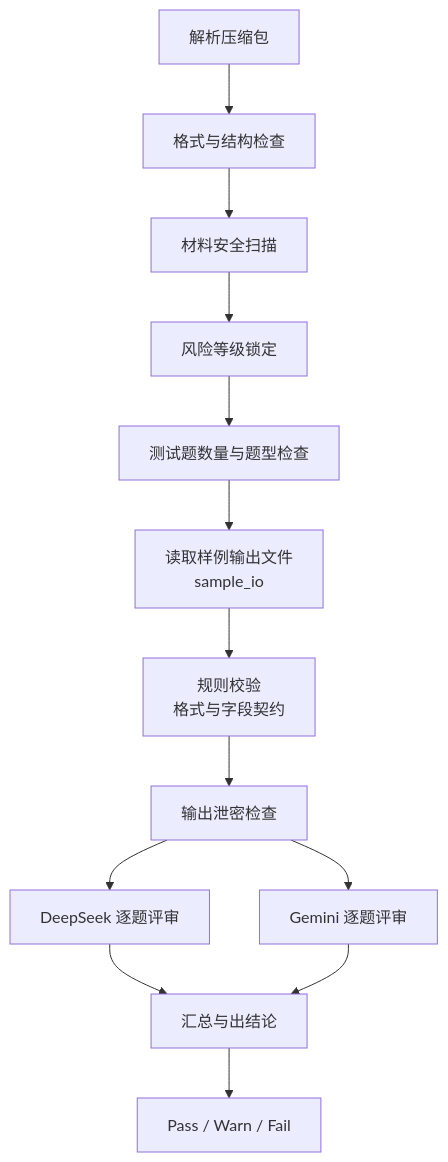
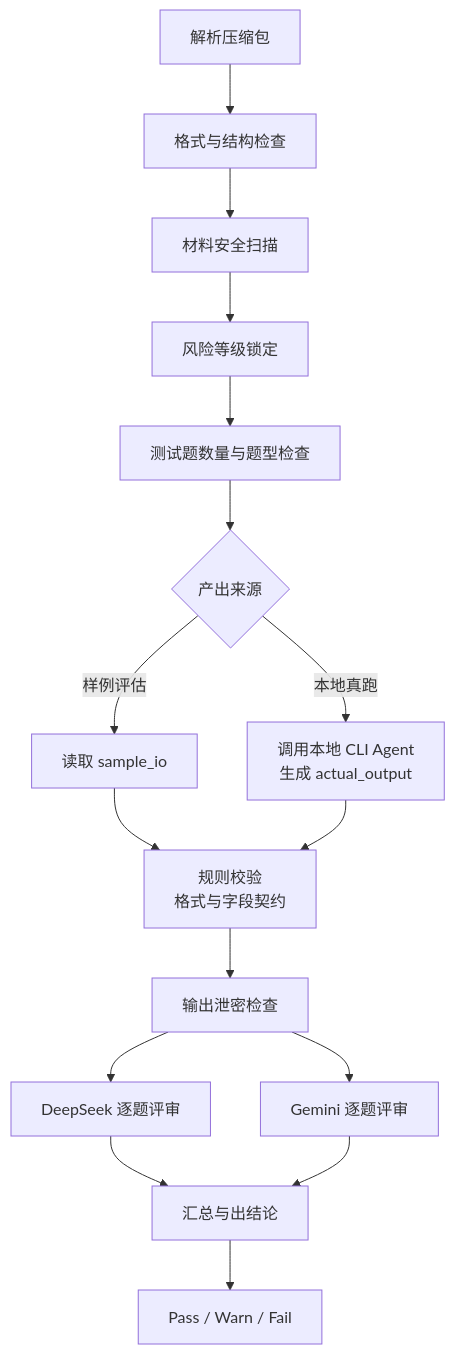
The tenth of 10 diagrams in docs/guides/Skill评估系统全景说明.md (NathanZhou1225/Skillhub_eval), drawn with Mermaid before and after one commit. The commit also changed other lines of this file and 76 other files, not shown here.

````diff
--- a/docs/guides/Skill评估系统全景说明.md
+++ b/docs/guides/Skill评估系统全景说明.md
@@ -794,15 +806,18 @@
 ```mermaid
 flowchart TD
     A["解析压缩包"] --> B["格式与结构检查"]
     B --> C["材料安全扫描"]
     C --> D["风险等级锁定"]
     D --> E["测试题数量与题型检查"]
-    E --> F["读取样例输出文件\nsample_io"]
-    F --> G["规则校验\n格式与字段契约"]
+    E --> F{"产出来源"}
+    F -->|"样例评估"| F1["读取 sample_io"]
+    F -->|"本地真跑"| F2["调用本地 CLI Agent\n生成 actual_output"]
+    F1 --> G["规则校验\n格式与字段契约"]
+    F2 --> G
     G --> H["输出泄密检查"]
     H --> I["DeepSeek 逐题评审"]
     H --> J["Gemini 逐题评审"]
     I --> K["汇总与出结论"]
     J --> K
     K --> L["Pass / Warn / Fail"]
 ```
````
